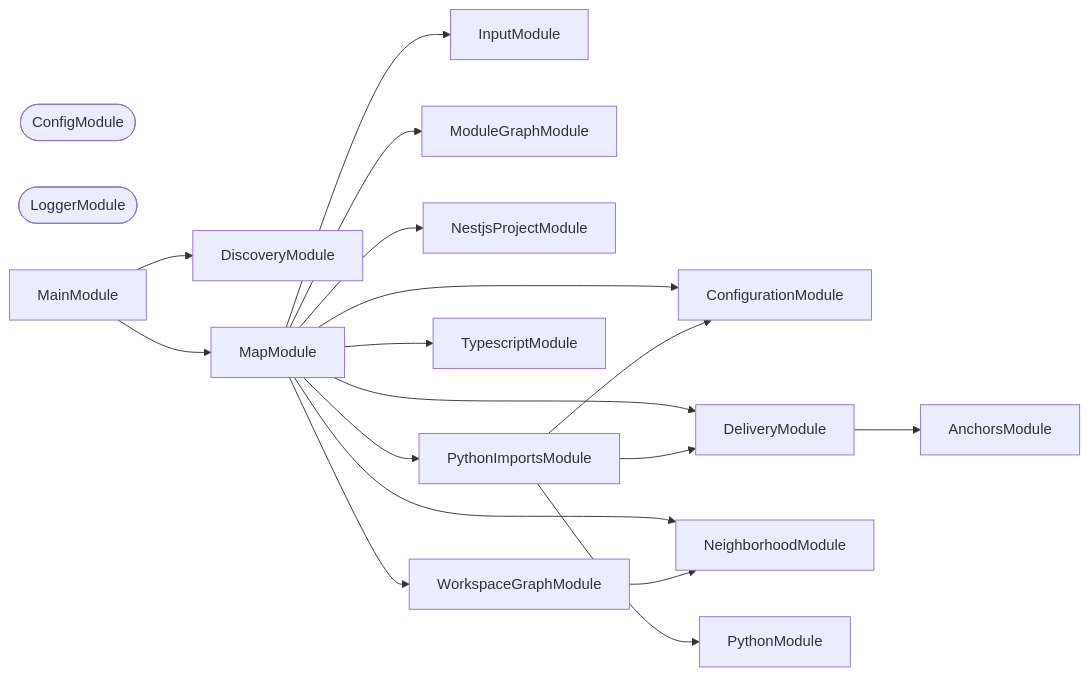
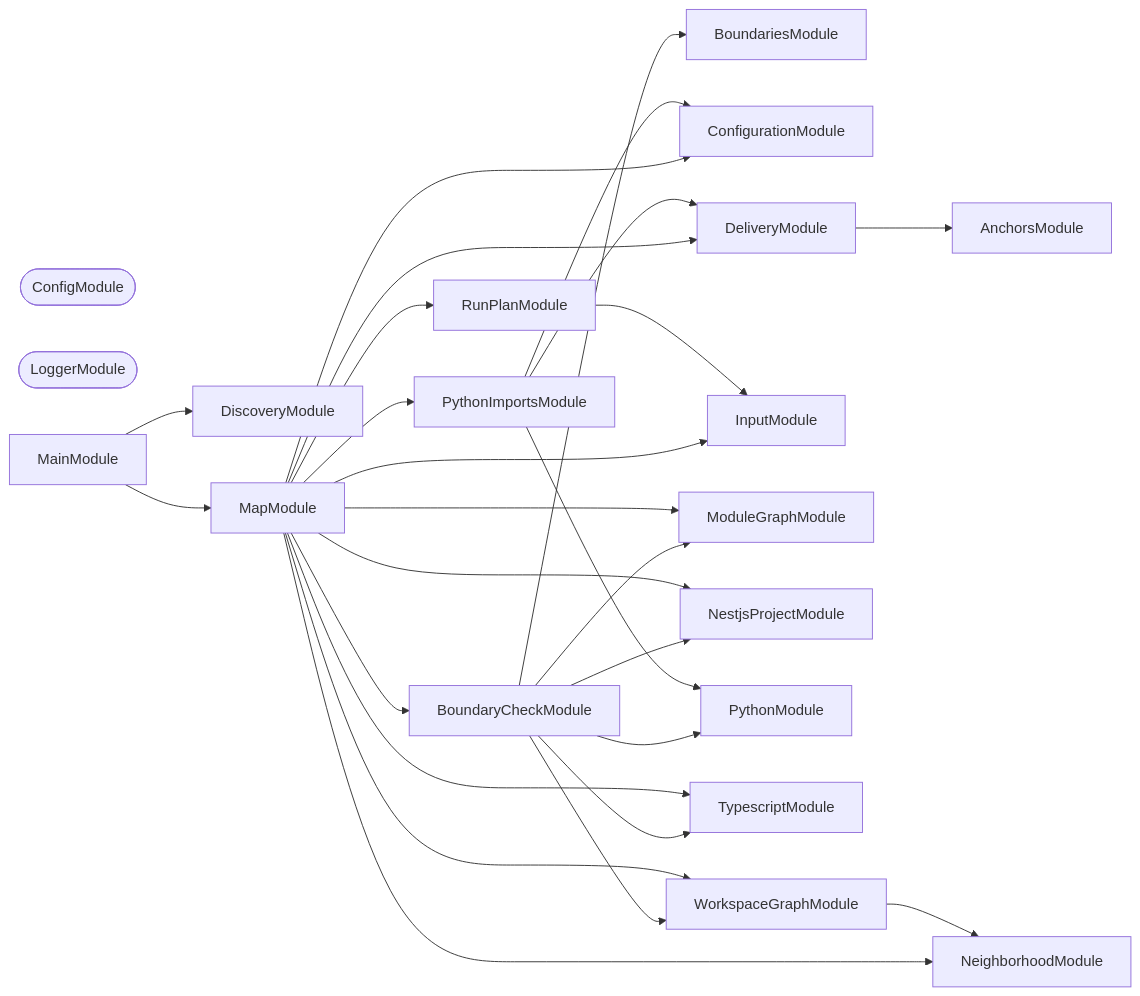
The second of 3 diagrams in packages/codependix-cli/README.md (JimmyPaolini/codebase), drawn with Mermaid before and after one commit. The commit also changed other lines of this file and 19 other files, not shown here.

````diff
--- a/packages/codependix-cli/README.md
+++ b/packages/codependix-cli/README.md
@@ -166,35 +168,47 @@
 ```mermaid
 flowchart LR
   AnchorsModule
+  BoundariesModule
+  BoundaryCheckModule
   ConfigModule([ConfigModule])
   ConfigurationModule
   DeliveryModule
   DiscoveryModule
   InputModule
   LoggerModule([LoggerModule])
   MainModule
   MapModule
   ModuleGraphModule
   NeighborhoodModule
   NestjsProjectModule
   PythonImportsModule
   PythonModule
+  RunPlanModule
   TypescriptModule
   WorkspaceGraphModule
+  BoundaryCheckModule --> BoundariesModule
+  BoundaryCheckModule --> ModuleGraphModule
+  BoundaryCheckModule --> NestjsProjectModule
+  BoundaryCheckModule --> PythonModule
+  BoundaryCheckModule --> TypescriptModule
+  BoundaryCheckModule --> WorkspaceGraphModule
   DeliveryModule --> AnchorsModule
   MainModule --> DiscoveryModule
   MainModule --> MapModule
+  MapModule --> BoundaryCheckModule
   MapModule --> ConfigurationModule
   MapModule --> DeliveryModule
   MapModule --> InputModule
   MapModule --> ModuleGraphModule
   MapModule --> NeighborhoodModule
   MapModule --> NestjsProjectModule
   MapModule --> PythonImportsModule
+  MapModule --> RunPlanModule
   MapModule --> TypescriptModule
   MapModule --> WorkspaceGraphModule
   PythonImportsModule --> ConfigurationModule
   PythonImportsModule --> DeliveryModule
   PythonImportsModule --> PythonModule
+  RunPlanModule --> InputModule
   WorkspaceGraphModule --> NeighborhoodModule
 ```
````
